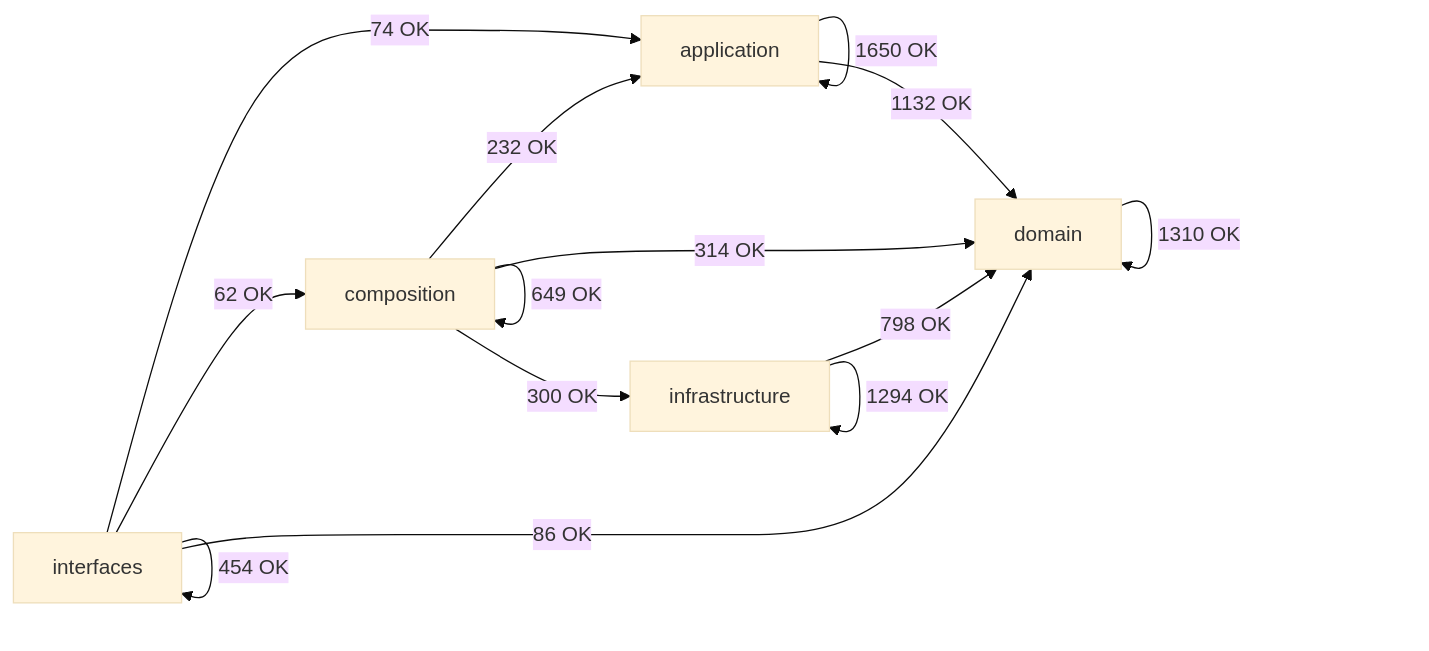
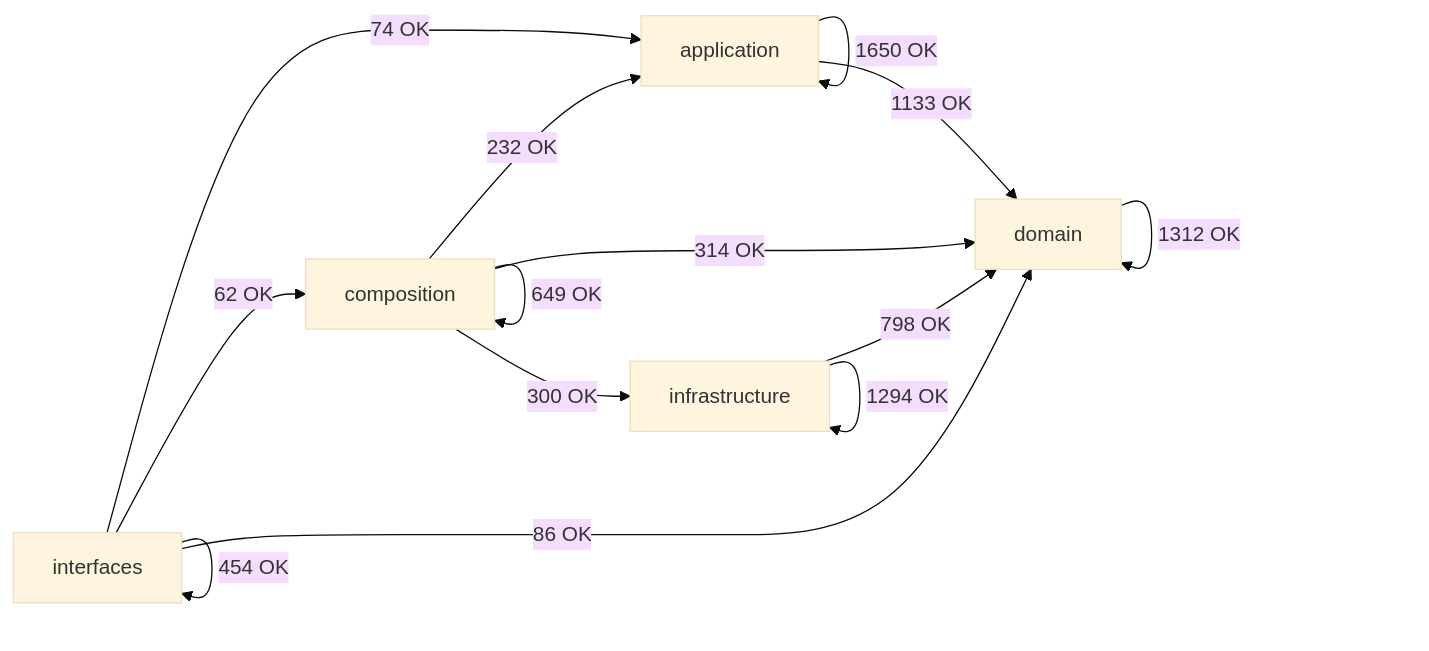
The diagram in docs/02-architecture/generated/module-dependency-map.md (SatoryKono/BioactivityDataAcquisition), drawn with Mermaid (base theme) before and after one commit. The commit also changed other lines of this file and 7 other files, not shown here.

````diff
--- a/docs/02-architecture/generated/module-dependency-map.md
+++ b/docs/02-architecture/generated/module-dependency-map.md
@@ -17,21 +17,21 @@
 ```mermaid
 flowchart LR
     domain[domain]
     application[application]
     infrastructure[infrastructure]
     composition[composition]
     interfaces[interfaces]
     application -->|1650 OK| application
-    application -->|1132 OK| domain
+    application -->|1133 OK| domain
     composition -->|232 OK| application
     composition -->|649 OK| composition
     composition -->|314 OK| domain
     composition -->|300 OK| infrastructure
-    domain -->|1310 OK| domain
+    domain -->|1312 OK| domain
     infrastructure -->|798 OK| domain
     infrastructure -->|1294 OK| infrastructure
     interfaces -->|74 OK| application
     interfaces -->|62 OK| composition
     interfaces -->|86 OK| domain
     interfaces -->|454 OK| interfaces
 ```
````
